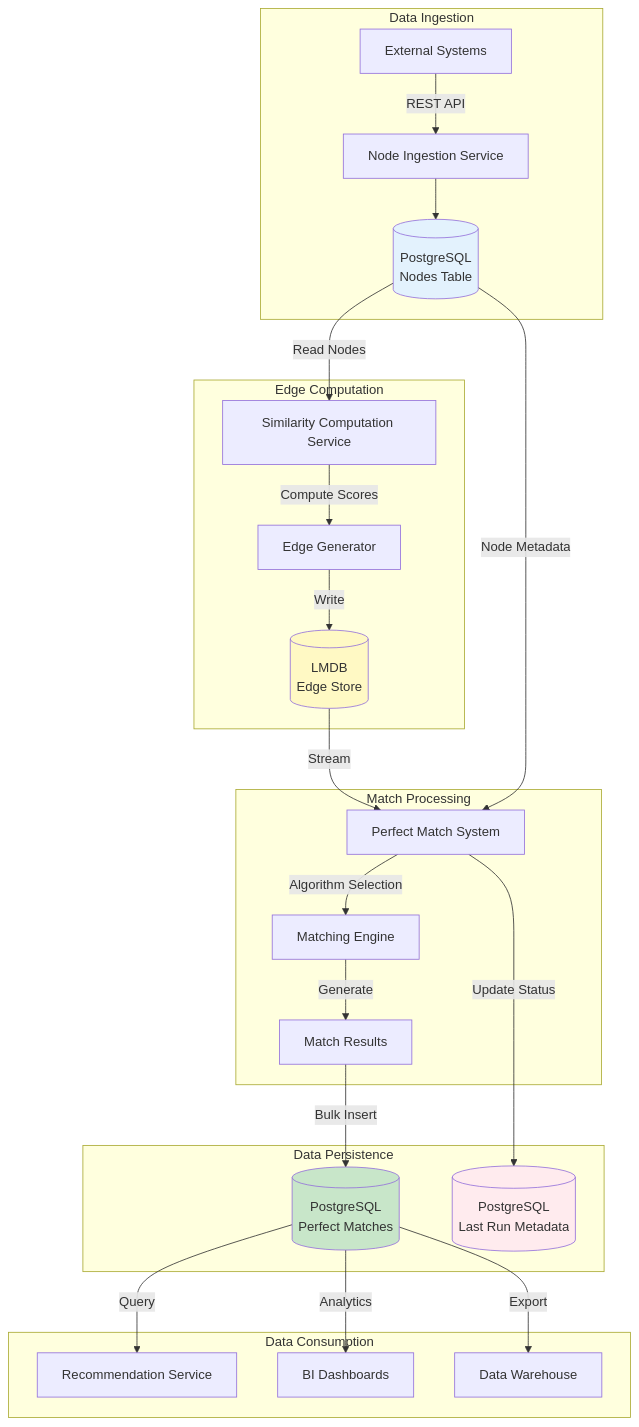
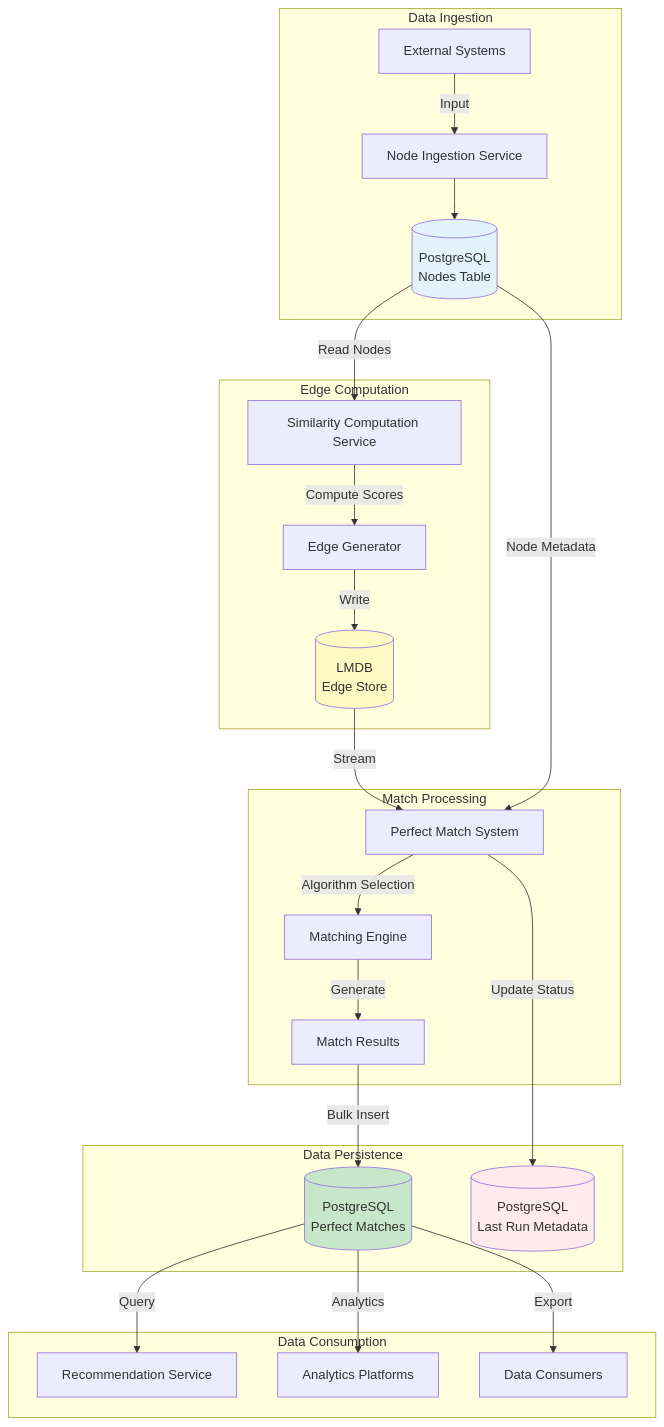
One commit to kagit00/schedule_x changed the eighth of 8 diagrams in docs/High Level Designs/ScheduledPerfectMatchesCreation.md. Above: the diagram before and after it, drawn with Mermaid. The commit also changed other lines of this file and 7 other files, not shown here.

````diff
--- a/docs/High Level Designs/ScheduledPerfectMatchesCreation.md
+++ b/docs/High Level Designs/ScheduledPerfectMatchesCreation.md
@@ -535,36 +489,36 @@
 ```mermaid
 flowchart TB
     subgraph "Data Ingestion"
-        A1[External Systems] -->|REST API| A2[Node Ingestion Service]
+        A1[External Systems] -->|Input| A2[Node Ingestion Service]
         A2 --> A3[(PostgreSQL<br/>Nodes Table)]
     end
     
     subgraph "Edge Computation"
         A3 -->|Read Nodes| B1[Similarity Computation Service]
         B1 -->|Compute Scores| B2[Edge Generator]
         B2 -->|Write| B3[(LMDB<br/>Edge Store)]
     end
     
     subgraph "Match Processing"
         B3 -->|Stream| C1[Perfect Match System]
         A3 -->|Node Metadata| C1
         C1 -->|Algorithm Selection| C2[Matching Engine]
         C2 -->|Generate| C3[Match Results]
     end
     
     subgraph "Data Persistence"
         C3 -->|Bulk Insert| D1[(PostgreSQL<br/>Perfect Matches)]
         C1 -->|Update Status| D2[(PostgreSQL<br/>Last Run Metadata)]
     end
     
     subgraph "Data Consumption"
         D1 -->|Query| E1[Recommendation Service]
-        D1 -->|Analytics| E2[BI Dashboards]
-        D1 -->|Export| E3[Data Warehouse]
+        D1 -->|Analytics| E2[Analytics Platforms]
+        D1 -->|Export| E3[Data Consumers]
     end
     
     style A3 fill:#E3F2FD
     style B3 fill:#FFF9C4
     style D1 fill:#C8E6C9
     style D2 fill:#FFEBEE
 ```
````
